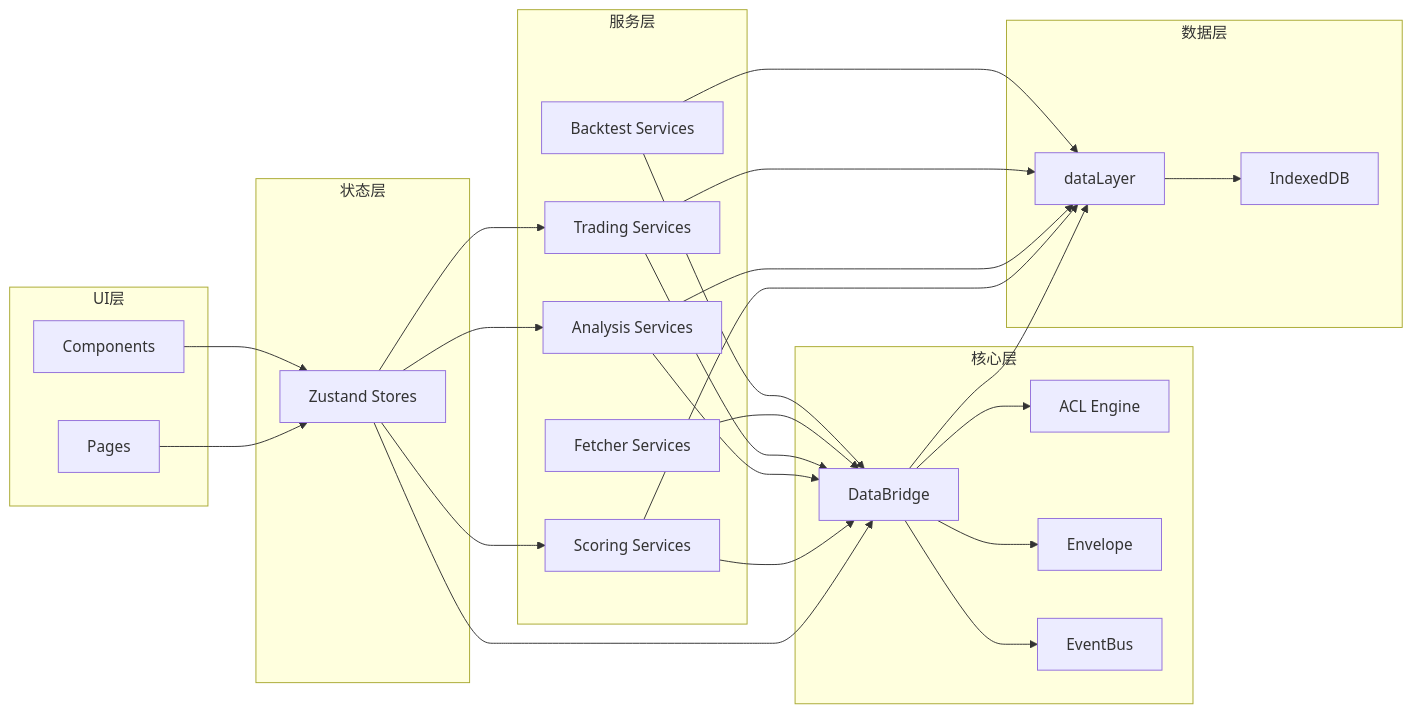
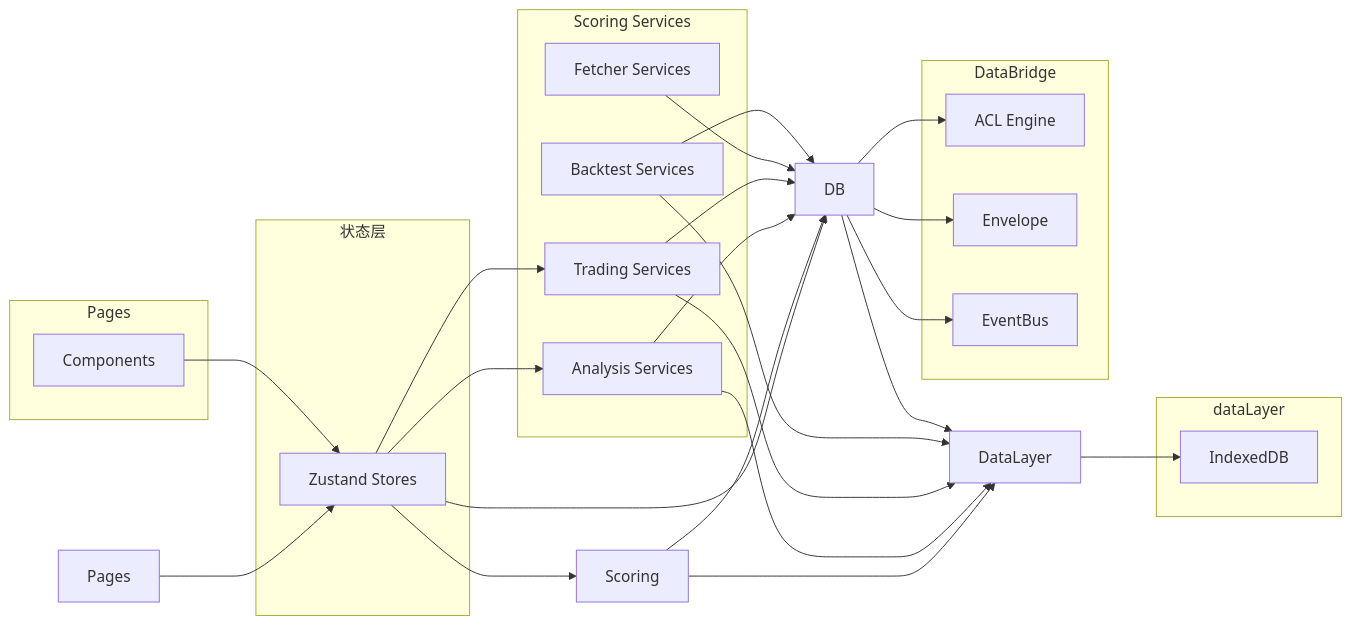
Before and after one commit to DHENGHONGYU/-: diagram 15 of 19 in docs/explanation/design/databridge数据链路全景分析报告.md, drawn with Mermaid. The commit also changed other lines of this file and 1711 other files, not shown here.

````diff
--- a/docs/explanation/design/databridge数据链路全景分析报告.md
+++ b/docs/explanation/design/databridge数据链路全景分析报告.md
@@ -784,59 +726,55 @@
 ```mermaid
 graph LR
-    subgraph UI层
-        Pages[Pages]
+    subgraph UI?        Pages[Pages]
         Components[Components]
     end
     
     subgraph 状态层
         Stores[Zustand Stores]
     end
     
-    subgraph 服务层
-        Scoring[Scoring Services]
+    subgraph 服务?        Scoring[Scoring Services]
         Analysis[Analysis Services]
         Trading[Trading Services]
         Fetcher[Fetcher Services]
         Backtest[Backtest Services]
     end
     
-    subgraph 核心层
-        DB[DataBridge]
+    subgraph 核心?        DB[DataBridge]
         ACL[ACL Engine]
         Envelope[Envelope]
         EventBus[EventBus]
     end
     
-    subgraph 数据层
-        DataLayer[dataLayer]
+    subgraph 数据?        DataLayer[dataLayer]
         DBIndexed[IndexedDB]
     end
     
     Pages --> Stores
     Components --> Stores
     Stores --> DB
     Stores --> Scoring
     Stores --> Analysis
     Stores --> Trading
     
     Scoring --> DB
     Scoring --> DataLayer
     
     Analysis --> DB
     Analysis --> DataLayer
     
     Trading --> DB
     Trading --> DataLayer
     
     Fetcher --> DB
     
     Backtest --> DB
     Backtest --> DataLayer
     
     DB --> ACL
     DB --> Envelope
     DB --> EventBus
     DB --> DataLayer
     
     DataLayer --> DBIndexed
 ```
````
